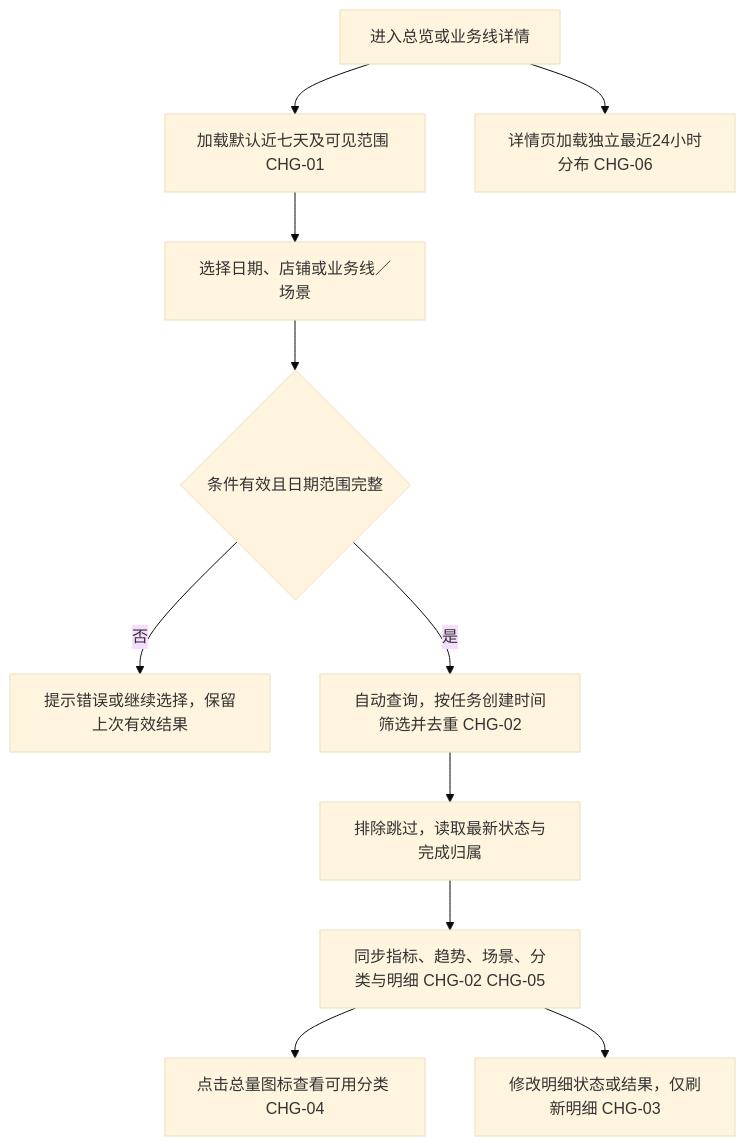
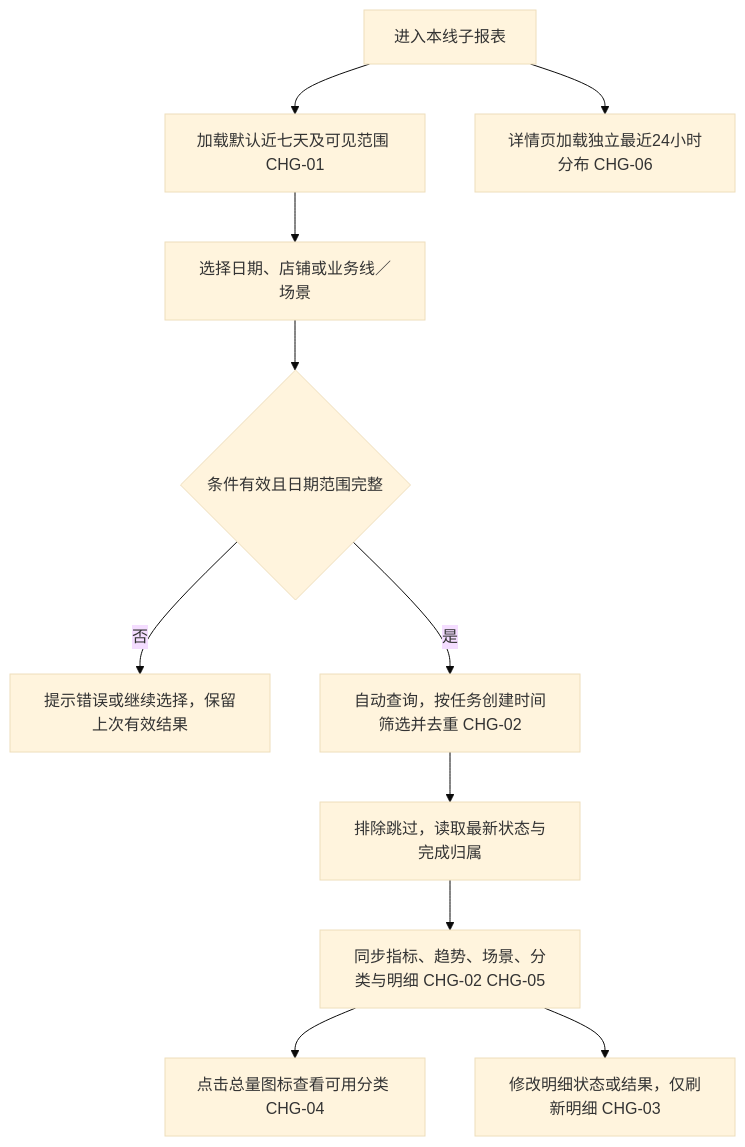
Before and after one commit to dtingyoung123-stack/xianma-work: the diagram in dashboard-demo/prd/业务线开发分册/抖音_开发分册.md, drawn with Mermaid (base theme). The commit also changed other lines of this file and 34 other files, not shown here.

````diff
--- a/dashboard-demo/prd/业务线开发分册/抖音_开发分册.md
+++ b/dashboard-demo/prd/业务线开发分册/抖音_开发分册.md
@@ -66,13 +86,13 @@
 ```mermaid
 flowchart TD
-    A["进入总览或业务线详情"] --> B["加载默认近七天及可见范围 CHG-01"]
+    A["进入本线子报表"] --> B["加载默认近七天及可见范围 CHG-01"]
     B --> C["选择日期、店铺或业务线／场景"]
     C --> D{"条件有效且日期范围完整"}
     D -- "否" --> E["提示错误或继续选择，保留上次有效结果"]
     D -- "是" --> F["自动查询，按任务创建时间筛选并去重 CHG-02"]
     F --> G["排除跳过，读取最新状态与完成归属"]
     G --> H["同步指标、趋势、场景、分类与明细 CHG-02 CHG-05"]
     H --> I["点击总量图标查看可用分类 CHG-04"]
     H --> J["修改明细状态或结果，仅刷新明细 CHG-03"]
     A --> K["详情页加载独立最近24小时分布 CHG-06"]
 ```
````
